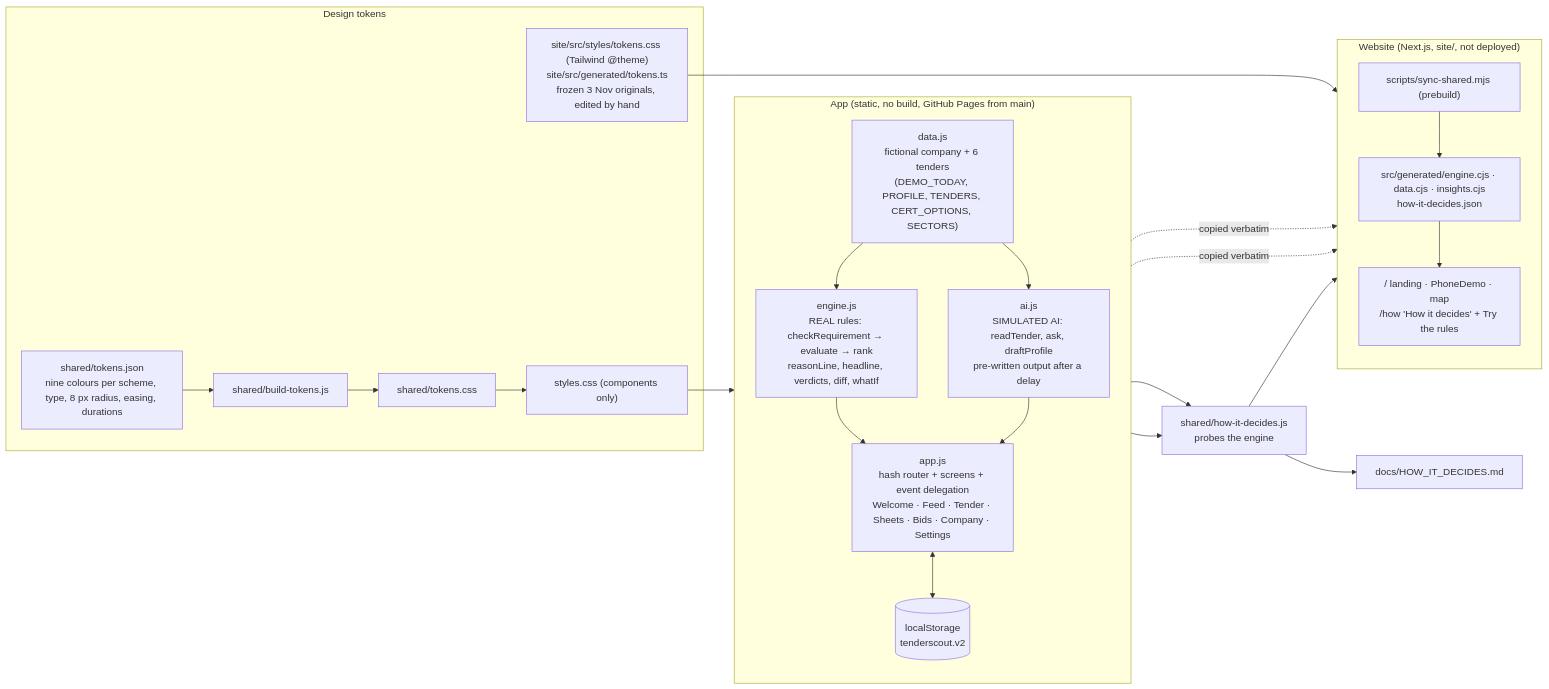
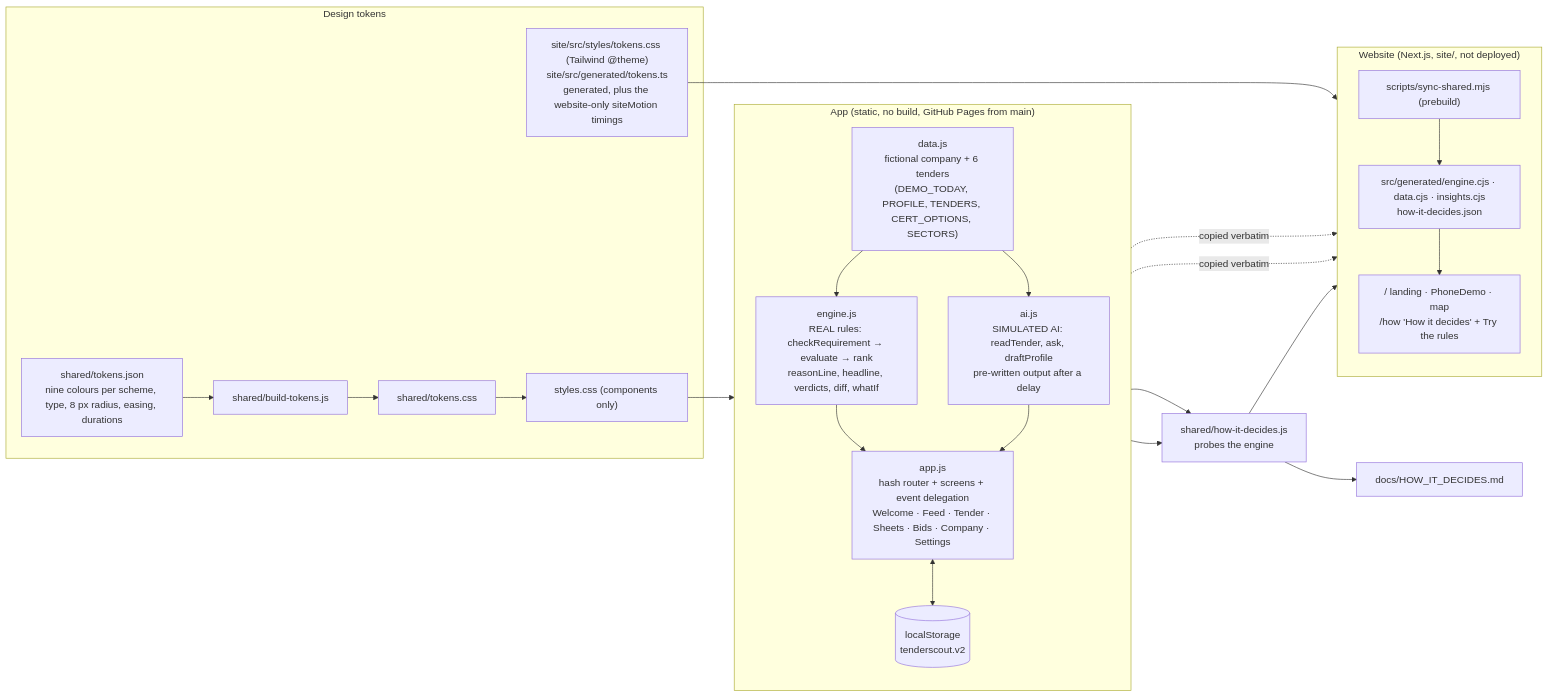
One commit to pioche8/ESCP-2627DT-C1 changed the diagram in ARCHITECTURE.md. Above: the diagram before and after it, drawn with Mermaid. The commit also changed other lines of this file and 15 other files, not shown here.

First line of the commit message:
Website docs: ADR-0004, recordings script and docs/site, CLAUDE.md §11 163-168, docs that described the restored 3 Nov site

````diff
--- a/ARCHITECTURE.md
+++ b/ARCHITECTURE.md
@@ -9,36 +9,36 @@
 ```mermaid
 flowchart LR
   subgraph app["App (static, no build, GitHub Pages from main)"]
     direction TB
     data["data.js<br/>fictional company + 6 tenders<br/>(DEMO_TODAY, PROFILE, TENDERS, CERT_OPTIONS, SECTORS)"]
     engine["engine.js<br/>REAL rules: checkRequirement → evaluate → rank<br/>reasonLine, headline, verdicts, diff, whatIf"]
     ai["ai.js<br/>SIMULATED AI: readTender, ask, draftProfile<br/>pre-written output after a delay"]
     appjs["app.js<br/>hash router + screens + event delegation<br/>Welcome · Feed · Tender · Sheets · Bids · Company · Settings"]
     store[("localStorage<br/>tenderscout.v2")]
     data --> engine --> appjs
     data --> ai --> appjs
     appjs <--> store
   end
   subgraph tokens["Design tokens"]
     tj["shared/tokens.json<br/>nine colours per scheme, type, 8 px radius, easing, durations"]
     bt["shared/build-tokens.js"]
     tcss["shared/tokens.css"]
-    scss["site/src/styles/tokens.css (Tailwind @theme)<br/>site/src/generated/tokens.ts<br/>frozen 3 Nov originals, edited by hand"]
+    scss["site/src/styles/tokens.css (Tailwind @theme)<br/>site/src/generated/tokens.ts<br/>generated, plus the website-only siteMotion timings"]
     tj --> bt --> tcss
     tcss --> styles["styles.css (components only)"] --> appjs
   end
   subgraph site["Website (Next.js, site/, not deployed)"]
     direction TB
     sync["scripts/sync-shared.mjs (prebuild)"]
     gen["src/generated/engine.cjs · data.cjs · insights.cjs<br/>how-it-decides.json"]
     pages["/ landing · PhoneDemo · map<br/>/how 'How it decides' + Try the rules"]
     sync --> gen --> pages
     scss --> pages
   end
   engine -. copied verbatim .-> gen
   data -. copied verbatim .-> gen
   how["shared/how-it-decides.js<br/>probes the engine"] --> gen
   how --> hdoc["docs/HOW_IT_DECIDES.md"]
   engine --> how
   data --> how
 ```
````
